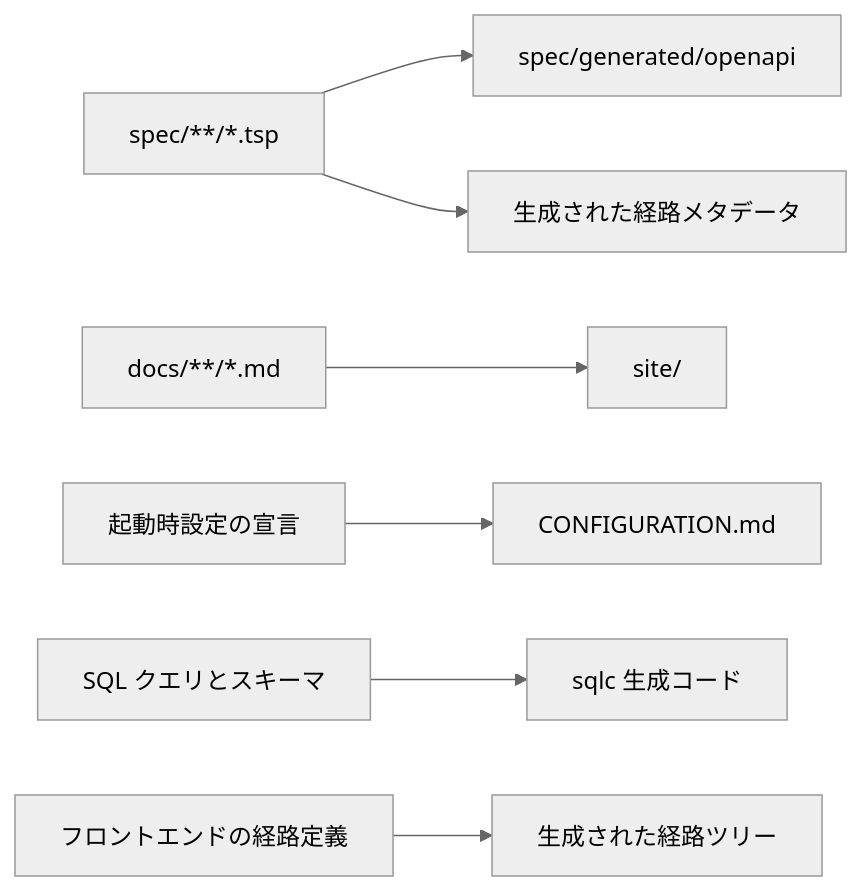
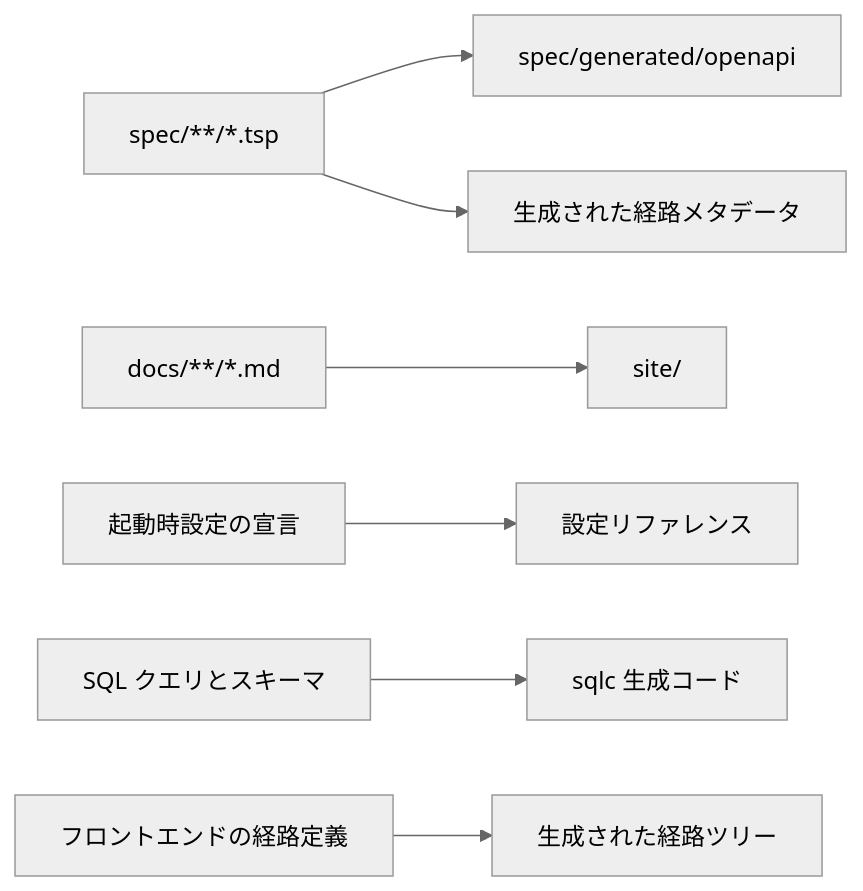
Before and after one commit to ambi/idmagic: the diagram in docs/development/local-development.md, drawn with Mermaid (neutral theme). The commit also changed other lines of this file and 39 other files, not shown here.

````diff
--- a/docs/development/local-development.md
+++ b/docs/development/local-development.md
@@ -91,9 +90,9 @@
 ```mermaid
 flowchart LR
   TypeSpec[spec/**/*.tsp] --> OpenAPI[spec/generated/openapi]
   TypeSpec --> Contract[生成された経路メタデータ]
   Canonical[docs/**/*.md] --> Site[site/]
-  Config[起動時設定の宣言] --> ConfigReference[CONFIGURATION.md]
+  Config[起動時設定の宣言] --> ConfigReference[設定リファレンス]
   SQL[SQL クエリとスキーマ] --> SQLC[sqlc 生成コード]
   Routes[フロントエンドの経路定義] --> RouteTree[生成された経路ツリー]
 ```
````
